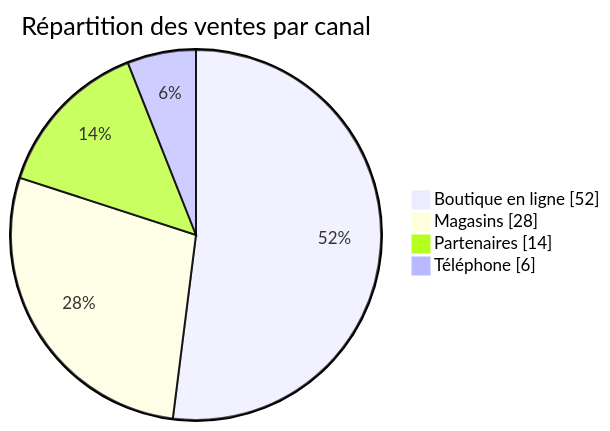
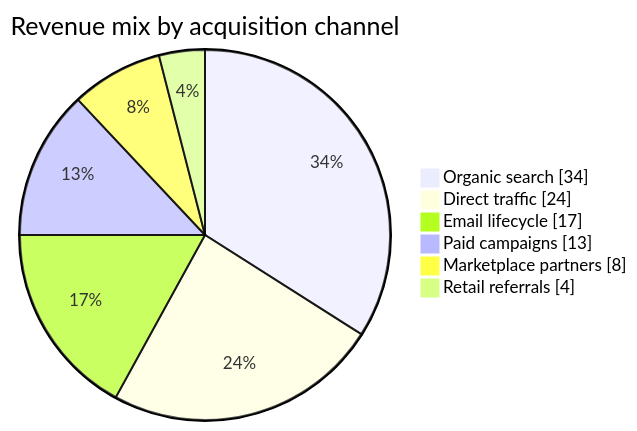
Before and after one commit to Brainfkt/mermaid-preview-offline: the diagram in examples/09-pie.mmd, drawn with Mermaid. The commit also changed 74 other files, not shown here.

```diff
--- a/examples/09-pie.mmd
+++ b/examples/09-pie.mmd
@@ -1,6 +1,8 @@
 pie showData
-  title Répartition des ventes par canal
-  "Boutique en ligne" : 52
-  "Magasins" : 28
-  "Partenaires" : 14
-  "Téléphone" : 6
+  title Revenue mix by acquisition channel
+  "Organic search" : 34
+  "Direct traffic" : 24
+  "Email lifecycle" : 17
+  "Paid campaigns" : 13
+  "Marketplace partners" : 8
+  "Retail referrals" : 4
```
